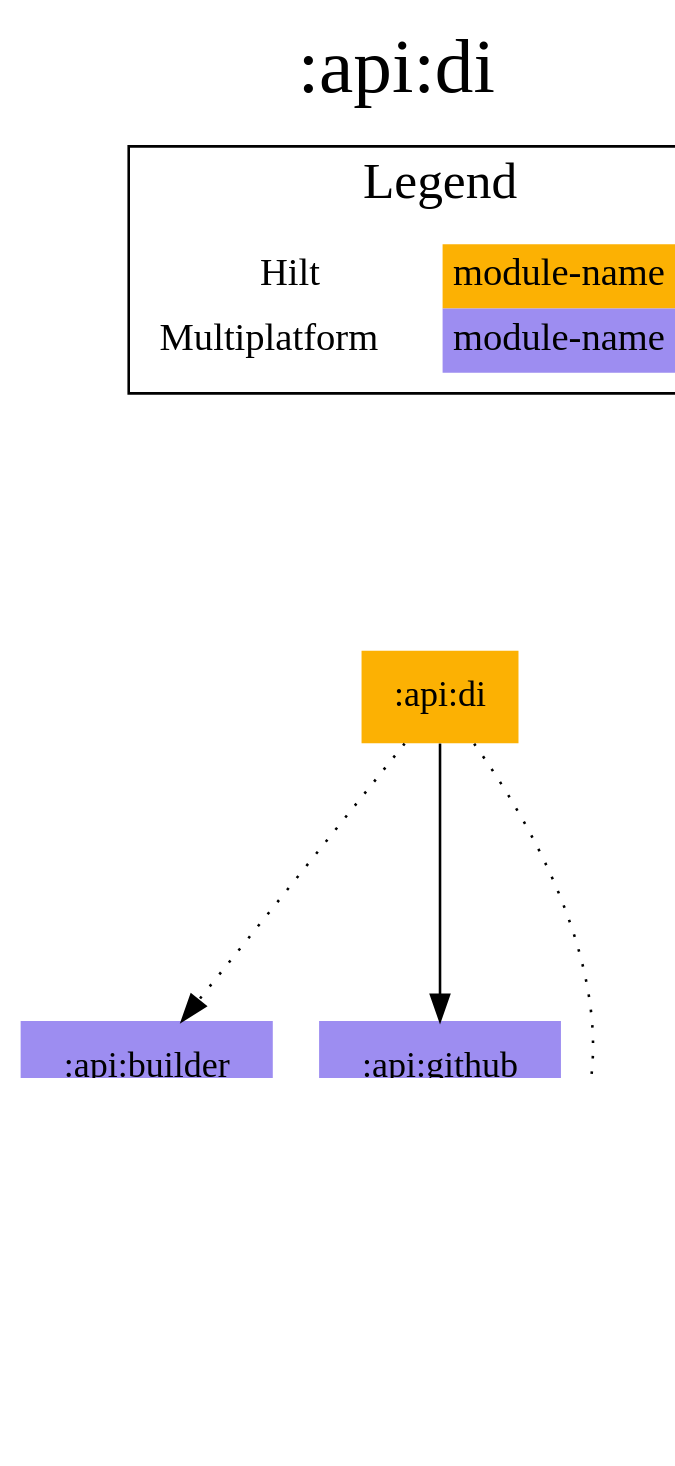
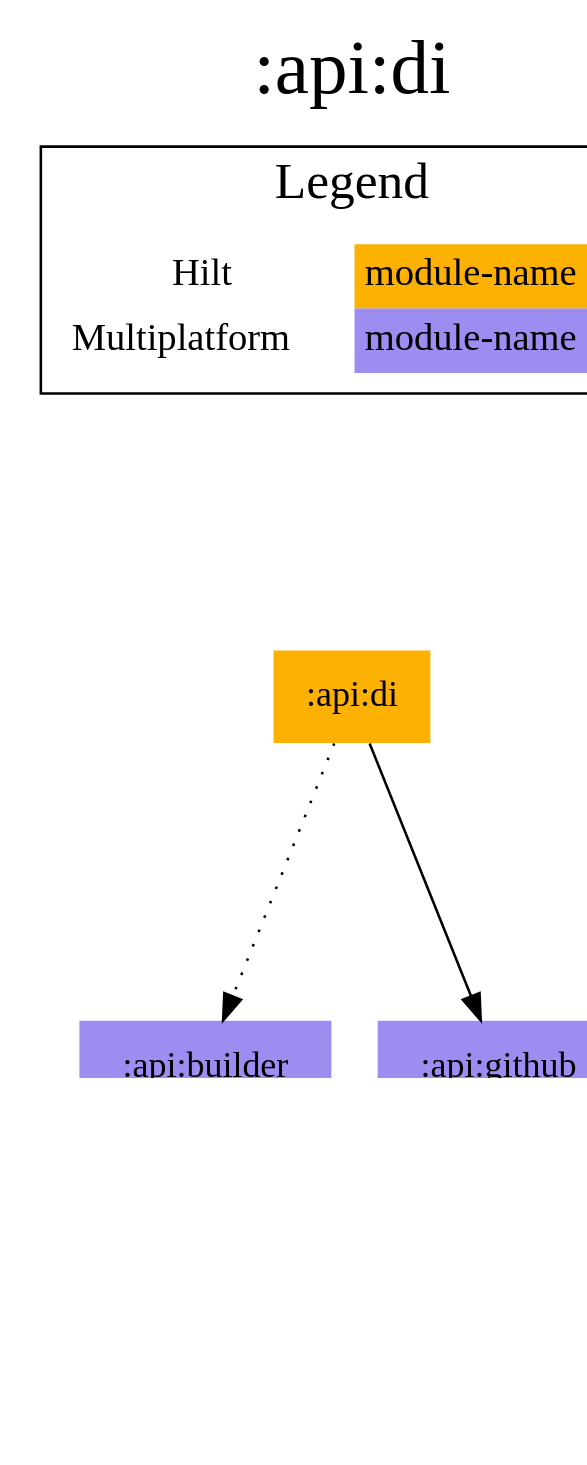
Before and after one commit to jonapoul/aktual: the diagram in modules/api/di/project-dependency-graph.dot, drawn with Graphviz. The commit also changed 103 other files, not shown here.

```diff
--- a/modules/api/di/project-dependency-graph.dot
+++ b/modules/api/di/project-dependency-graph.dot
@@ -1,28 +1,27 @@
 digraph {
 edge ["dir"="forward"]
 graph ["dpi"="100","label"=":api:di","labelloc"="t","fontsize"="30","ranksep"="1.5","rankdir"="TB"]
 node ["style"="filled"]
 ":api:builder" ["fillcolor"="#9D8DF1","shape"="none"]
 ":api:di" ["shape"="none","fillcolor"="#FCB103"]
 ":api:github" ["fillcolor"="#9D8DF1","shape"="none"]
 ":url:model" ["fillcolor"="#9D8DF1","shape"="none"]
 {
 edge ["dir"="none"]
 graph ["rank"="same"]
 ":api:di"
 }
 ":api:builder" -> ":url:model"
 ":api:di" -> ":api:builder" ["style"="dotted"]
 ":api:di" -> ":api:github"
-":api:di" -> ":url:model" ["style"="dotted"]
 subgraph "cluster_legend" {
 edge ["dir"="none"]
 graph ["label"="Legend","fontsize"="20"]
 "Legend" ["style"="filled","fillcolor"="#FFFFFF","shape"="none","margin"="0","fontsize"="15","label"=<
 <TABLE BORDER="0" CELLBORDER="0" CELLSPACING="0" CELLPADDING="4">
 <TR><TD>Hilt</TD><TD BGCOLOR="#FCB103">module-name</TD></TR>
 <TR><TD>Multiplatform</TD><TD BGCOLOR="#9D8DF1">module-name</TD></TR>
 </TABLE>
 >]
 } -> ":api:di" ["style"="invis"]
 }
```
